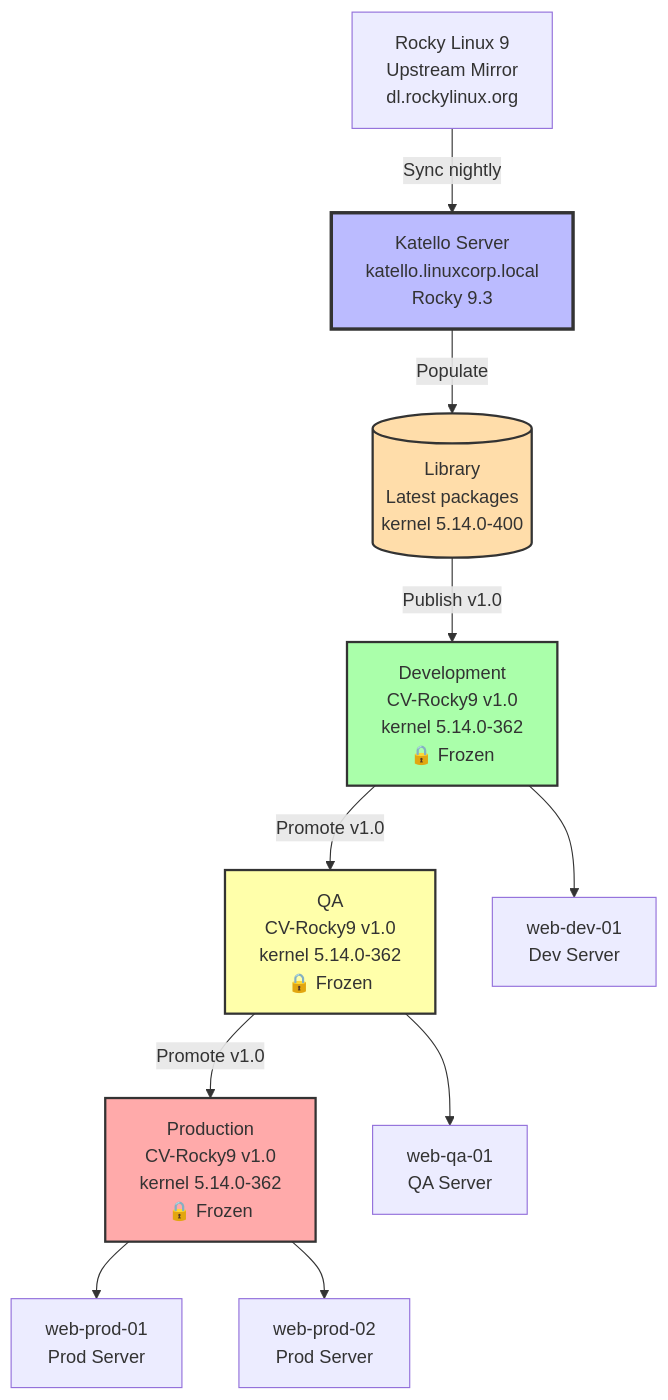
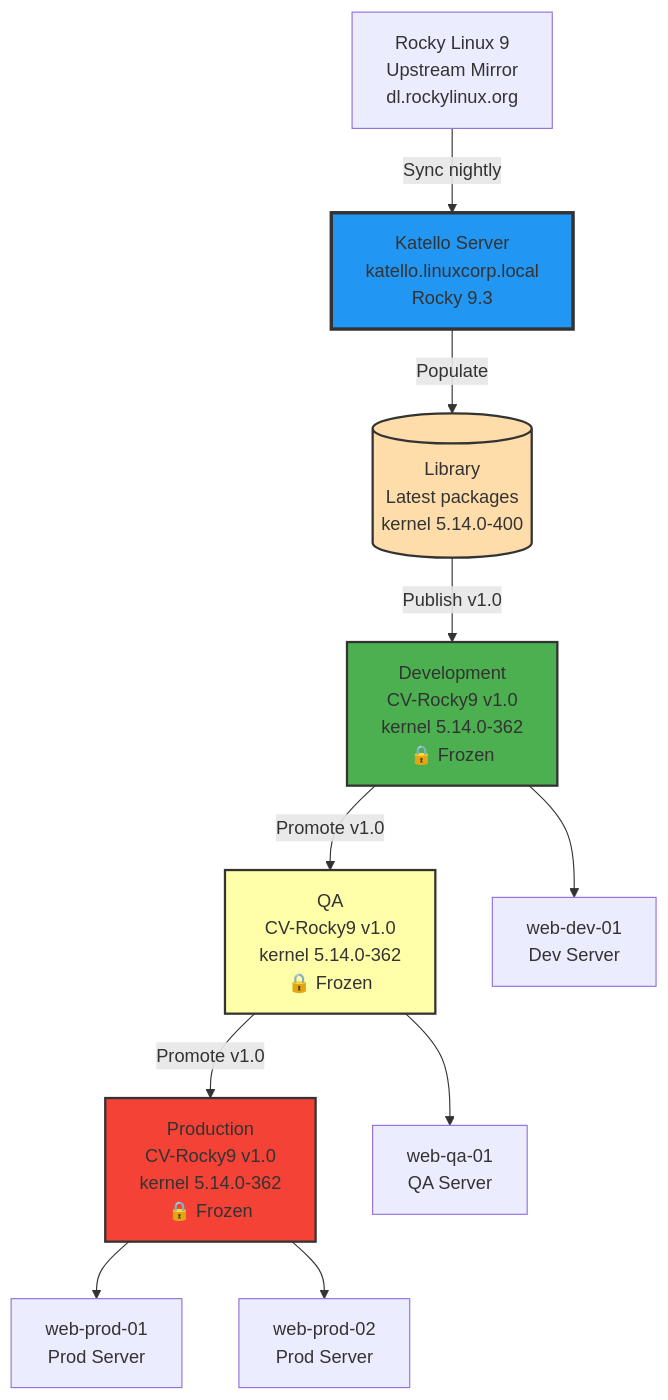
One commit to VBlackJack/ShellBook changed the diagram in docs/formations/katello/05-tp-final.md. Above: the diagram before and after it, drawn with Mermaid. The commit also changed other lines of this file and 337 other files, not shown here.

First line of the commit message:
refactor(docs): Standardize code blocks and Mermaid colors

````diff
--- a/docs/formations/katello/05-tp-final.md
+++ b/docs/formations/katello/05-tp-final.md
@@ -80,36 +80,36 @@
 ```mermaid
 flowchart TD
     UPSTREAM[Rocky Linux 9<br/>Upstream Mirror<br/>dl.rockylinux.org]
 
     KATELLO[Katello Server<br/>katello.linuxcorp.local<br/>Rocky 9.3]
 
     LIBRARY[(Library<br/>Latest packages<br/>kernel 5.14.0-400)]
 
     DEV[Development<br/>CV-Rocky9 v1.0<br/>kernel 5.14.0-362<br/>🔒 Frozen]
 
     QA[QA<br/>CV-Rocky9 v1.0<br/>kernel 5.14.0-362<br/>🔒 Frozen]
 
     PROD[Production<br/>CV-Rocky9 v1.0<br/>kernel 5.14.0-362<br/>🔒 Frozen]
 
     WEB_DEV[web-dev-01<br/>Dev Server]
     WEB_QA[web-qa-01<br/>QA Server]
     WEB_PROD1[web-prod-01<br/>Prod Server]
     WEB_PROD2[web-prod-02<br/>Prod Server]
 
     UPSTREAM -->|Sync nightly| KATELLO
     KATELLO -->|Populate| LIBRARY
     LIBRARY -->|Publish v1.0| DEV
     DEV -->|Promote v1.0| QA
     QA -->|Promote v1.0| PROD
 
     DEV --> WEB_DEV
     QA --> WEB_QA
     PROD --> WEB_PROD1
     PROD --> WEB_PROD2
 
-    style KATELLO fill:#bbf,stroke:#333,stroke-width:3px
+    style KATELLO fill:#2196F3,stroke:#333,stroke-width:3px
     style LIBRARY fill:#fda,stroke:#333,stroke-width:2px
-    style DEV fill:#afa,stroke:#333,stroke-width:2px
+    style DEV fill:#4CAF50,stroke:#333,stroke-width:2px
     style QA fill:#ffa,stroke:#333,stroke-width:2px
-    style PROD fill:#faa,stroke:#333,stroke-width:2px
+    style PROD fill:#f44336,stroke:#333,stroke-width:2px
 ```
````
